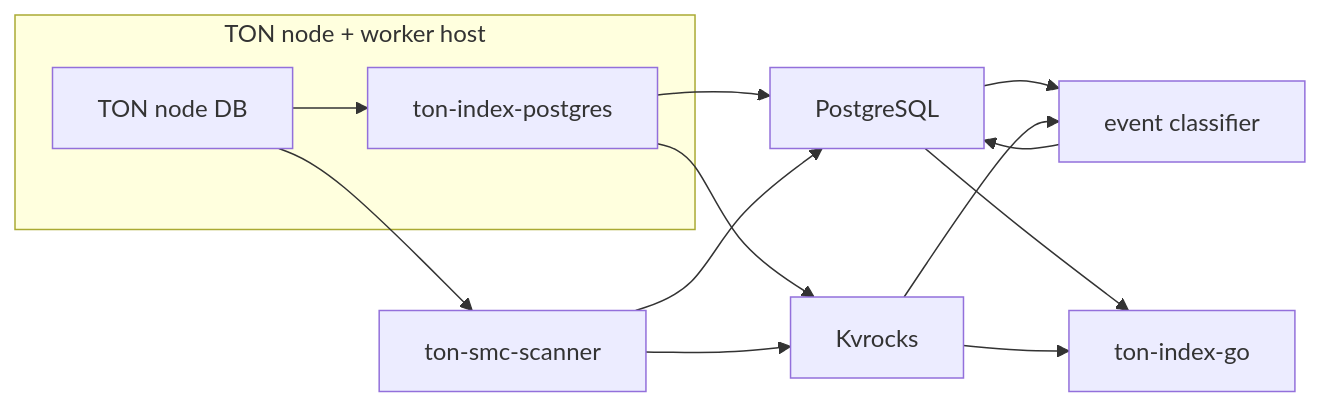
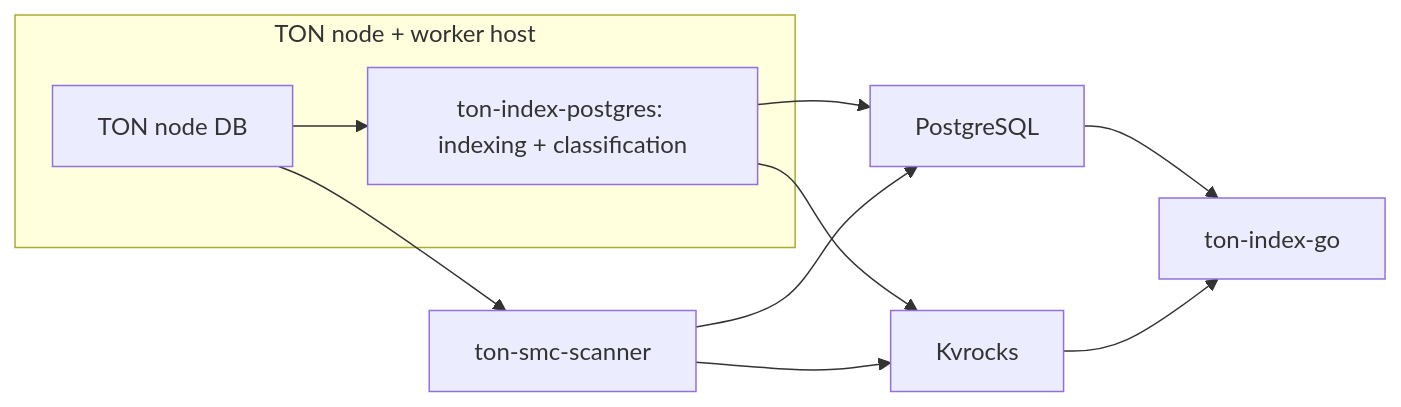
Before and after one commit to verdigos/ton-indexer: the diagram in docs/architecture.md, drawn with Mermaid. The commit also changed other lines of this file and 2 other files, not shown here.

Commit message:
Docs: classifier runs inside ton-index-postgres, no separate python service

````diff
--- a/docs/architecture.md
+++ b/docs/architecture.md
@@ -10,16 +10,13 @@
 ```mermaid
 flowchart LR
     subgraph NodeWorkerHost["TON node + worker host"]
-        Node["TON node DB"] --> Worker["ton-index-postgres"]
+        Node["TON node DB"] --> Worker["ton-index-postgres: indexing + classification"]
     end
     Node --> Scanner["ton-smc-scanner"]
     Worker --> PG["PostgreSQL"]
     Worker --> KV["Kvrocks"]
     Scanner --> PG
     Scanner --> KV
-    PG --> Classifier["event classifier"]
-    KV --> Classifier
-    Classifier --> PG
     PG --> API["ton-index-go"]
     KV --> API
 ```
````
